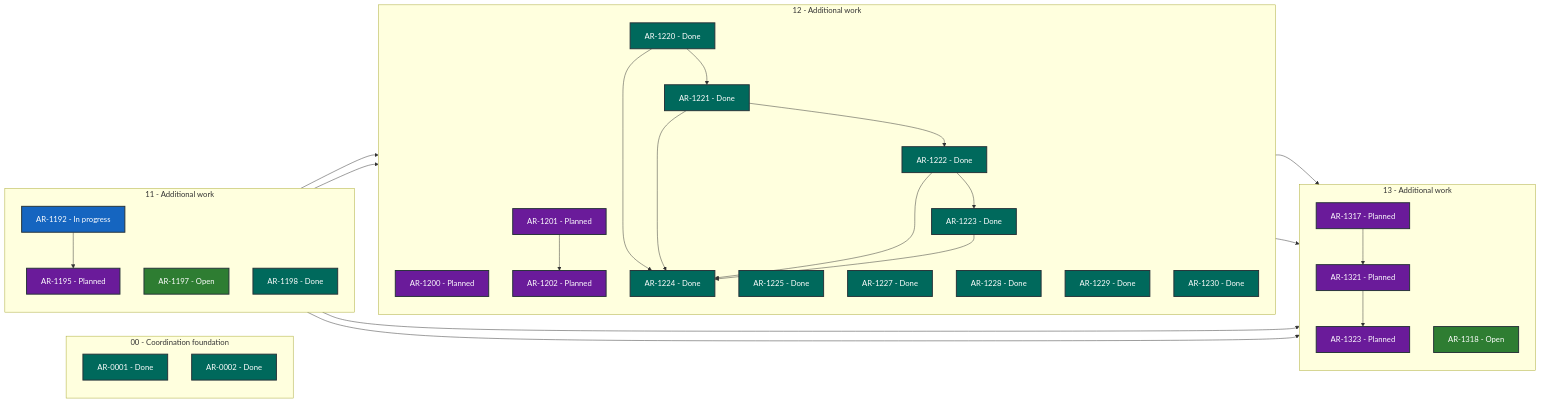
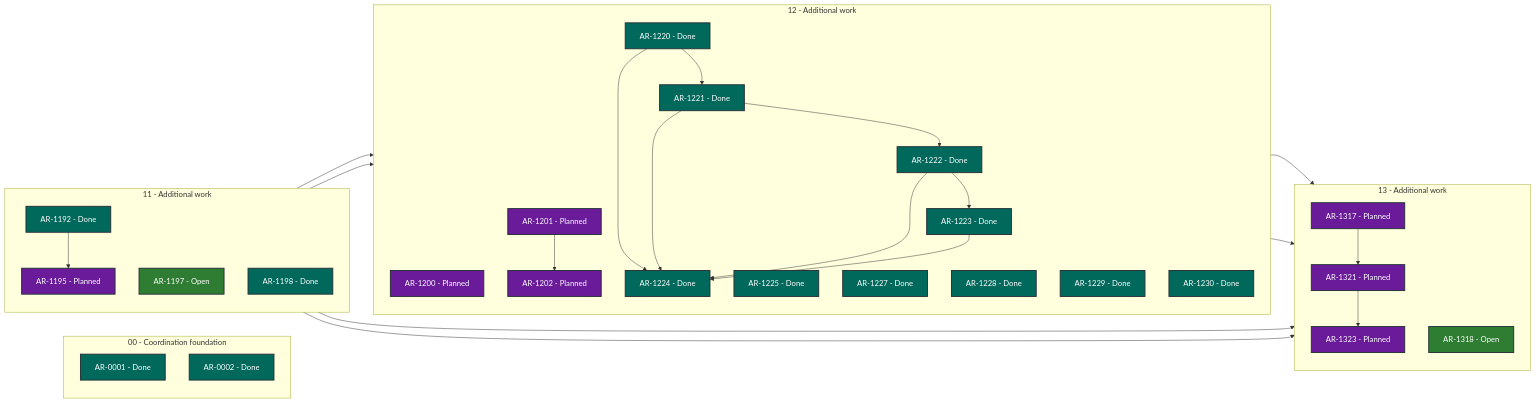
The diagram in STATUS.md (martin-beck/asb-tui-state), drawn with Mermaid before and after one commit. The commit also changed other lines of this file and 2 other files, not shown here.

````diff
--- a/STATUS.md
+++ b/STATUS.md
@@ -27,63 +27,63 @@
 ```mermaid
 flowchart LR
     subgraph series_00["00 - Coordination foundation"]
         direction TB
         AR_0001["AR-0001 - Done"]:::status_done
         AR_0002["AR-0002 - Done"]:::status_done
     end
     subgraph series_11["11 - Additional work"]
         direction TB
-        AR_1192["AR-1192 - In progress"]:::status_in_progress
+        AR_1192["AR-1192 - Done"]:::status_done
         AR_1195["AR-1195 - Planned"]:::status_planned
         AR_1197["AR-1197 - Open"]:::status_open
         AR_1198["AR-1198 - Done"]:::status_done
     end
     subgraph series_12["12 - Additional work"]
         direction TB
         AR_1200["AR-1200 - Planned"]:::status_planned
         AR_1201["AR-1201 - Planned"]:::status_planned
         AR_1202["AR-1202 - Planned"]:::status_planned
         AR_1220["AR-1220 - Done"]:::status_done
         AR_1221["AR-1221 - Done"]:::status_done
         AR_1222["AR-1222 - Done"]:::status_done
         AR_1223["AR-1223 - Done"]:::status_done
         AR_1224["AR-1224 - Done"]:::status_done
         AR_1225["AR-1225 - Done"]:::status_done
         AR_1227["AR-1227 - Done"]:::status_done
         AR_1228["AR-1228 - Done"]:::status_done
         AR_1229["AR-1229 - Done"]:::status_done
         AR_1230["AR-1230 - Done"]:::status_done
     end
     subgraph series_13["13 - Additional work"]
         direction TB
         AR_1317["AR-1317 - Planned"]:::status_planned
         AR_1318["AR-1318 - Open"]:::status_open
         AR_1321["AR-1321 - Planned"]:::status_planned
         AR_1323["AR-1323 - Planned"]:::status_planned
     end
     AR_1192 --> AR_1195
     AR_1192 --> AR_1317
     AR_1195 --> AR_1200
     AR_1197 --> AR_1201
     AR_1197 --> AR_1317
     AR_1201 --> AR_1202
     AR_1220 --> AR_1221
     AR_1220 --> AR_1224
     AR_1221 --> AR_1222
     AR_1221 --> AR_1224
     AR_1222 --> AR_1223
     AR_1222 --> AR_1224
     AR_1223 --> AR_1224
     AR_1228 --> AR_1317
     AR_1229 --> AR_1317
     AR_1317 --> AR_1321
     AR_1321 --> AR_1323
     classDef status_in_progress fill:#1565c0,color:#ffffff,stroke:#263238,stroke-width:2px
     classDef status_open fill:#2e7d32,color:#ffffff,stroke:#263238,stroke-width:2px
     classDef status_blocked fill:#c62828,color:#ffffff,stroke:#263238,stroke-width:2px
     classDef status_planned fill:#6a1b9a,color:#ffffff,stroke:#263238,stroke-width:2px
     classDef status_future fill:#455a64,color:#ffffff,stroke:#263238,stroke-width:2px
     classDef status_done fill:#00695c,color:#ffffff,stroke:#263238,stroke-width:2px
     classDef status_cancelled fill:#616161,color:#ffffff,stroke:#263238,stroke-width:2px
     classDef status_superseded fill:#5d4037,color:#ffffff,stroke:#263238,stroke-width:2px
 ```
````
